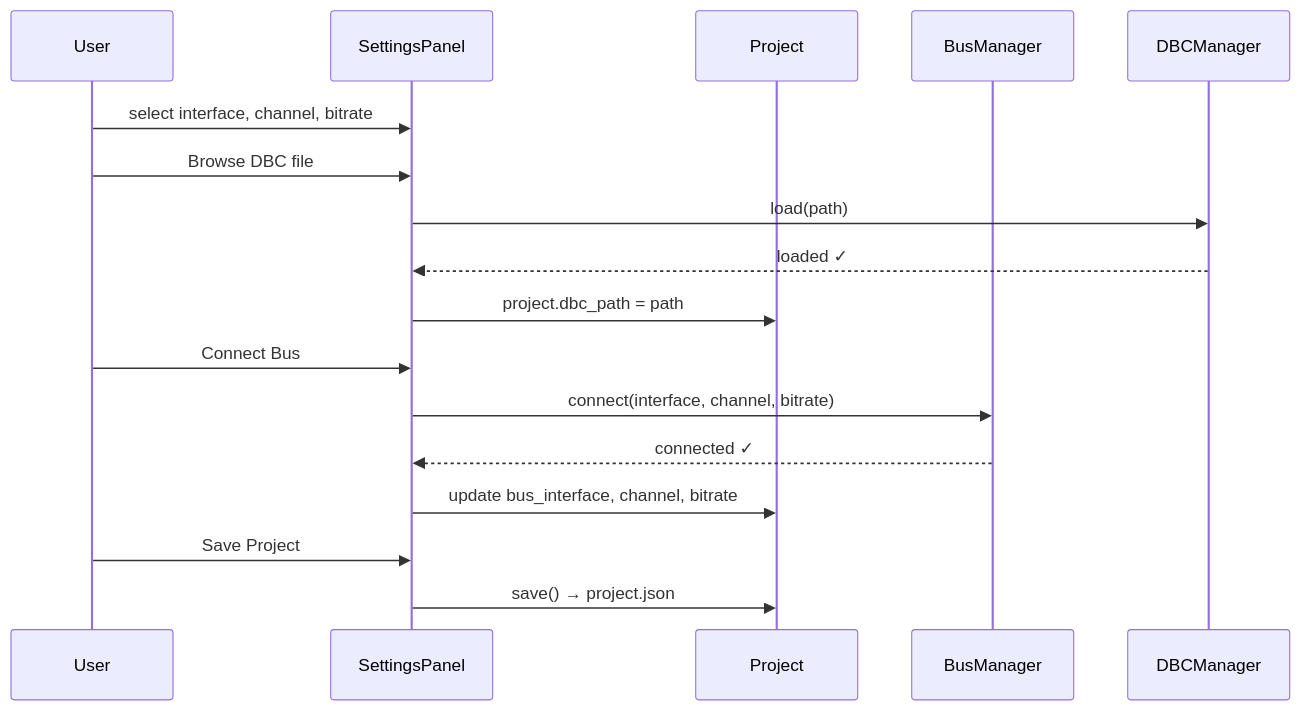
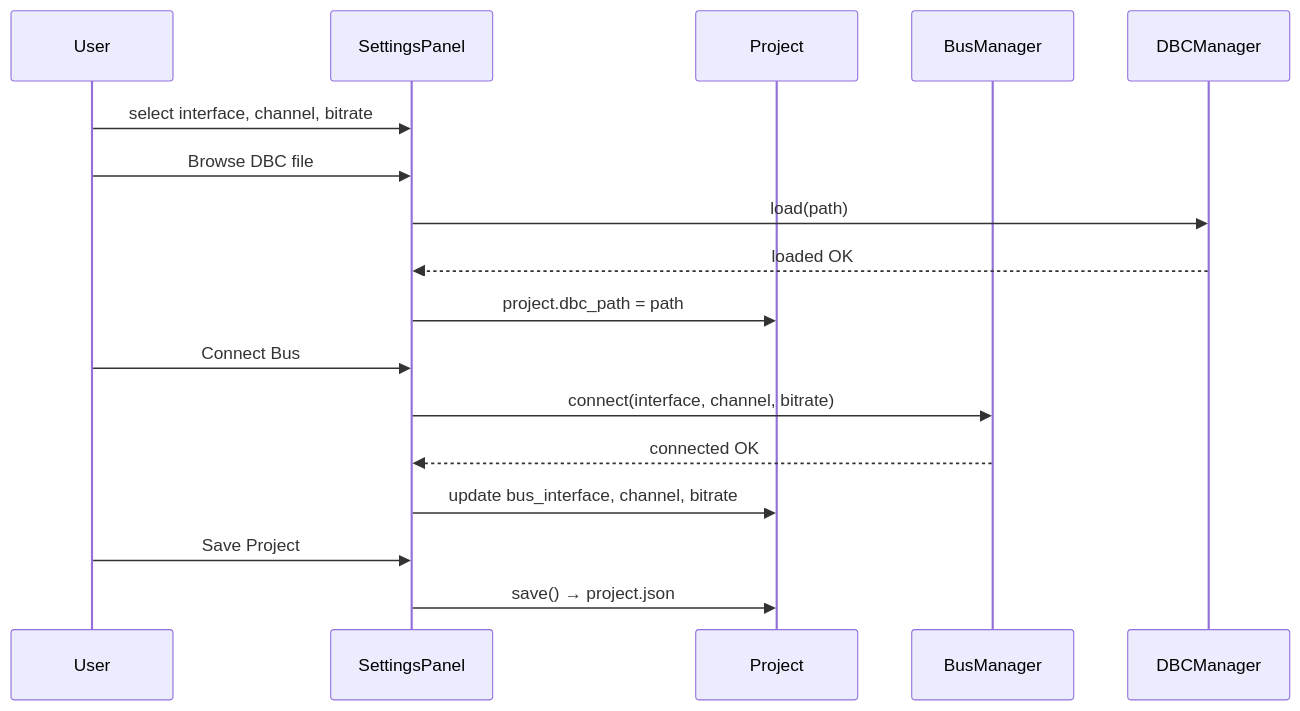
The ninth of 18 diagrams in README.md (PriyanshuKSharma/AutoTestStudio), drawn with Mermaid before and after one commit. The commit also changed other lines of this file and 1 other file, not shown here.

Commit message:
style: replace emojis with professional Unicode symbols in sidebar nav and README diagrams

````diff
--- a/README.md
+++ b/README.md
@@ -279,20 +279,20 @@
 ```mermaid
 sequenceDiagram
     participant USER as User
     participant SET as SettingsPanel
     participant PROJ as Project
     participant BM as BusManager
     participant DBC as DBCManager
 
     USER->>SET: select interface, channel, bitrate
     USER->>SET: Browse DBC file
     SET->>DBC: load(path)
-    DBC-->>SET: loaded ✓
+    DBC-->>SET: loaded OK
     SET->>PROJ: project.dbc_path = path
     USER->>SET: Connect Bus
     SET->>BM: connect(interface, channel, bitrate)
-    BM-->>SET: connected ✓
+    BM-->>SET: connected OK
     SET->>PROJ: update bus_interface, channel, bitrate
     USER->>SET: Save Project
     SET->>PROJ: save() → project.json
 ```
````
